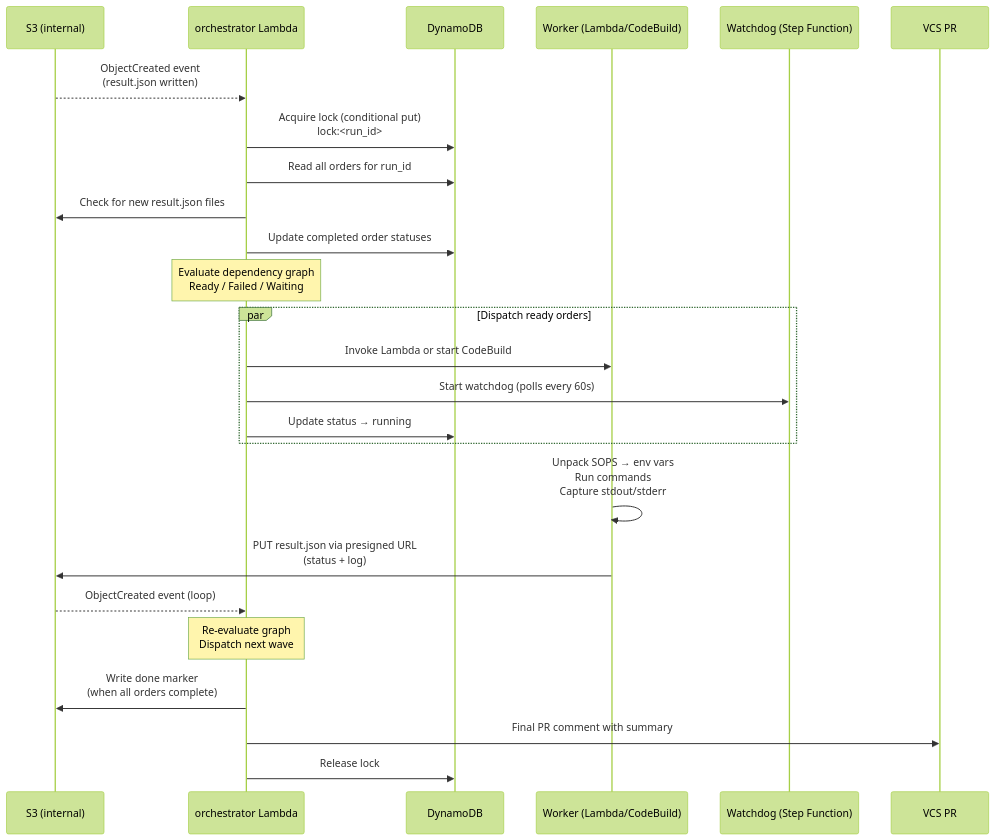
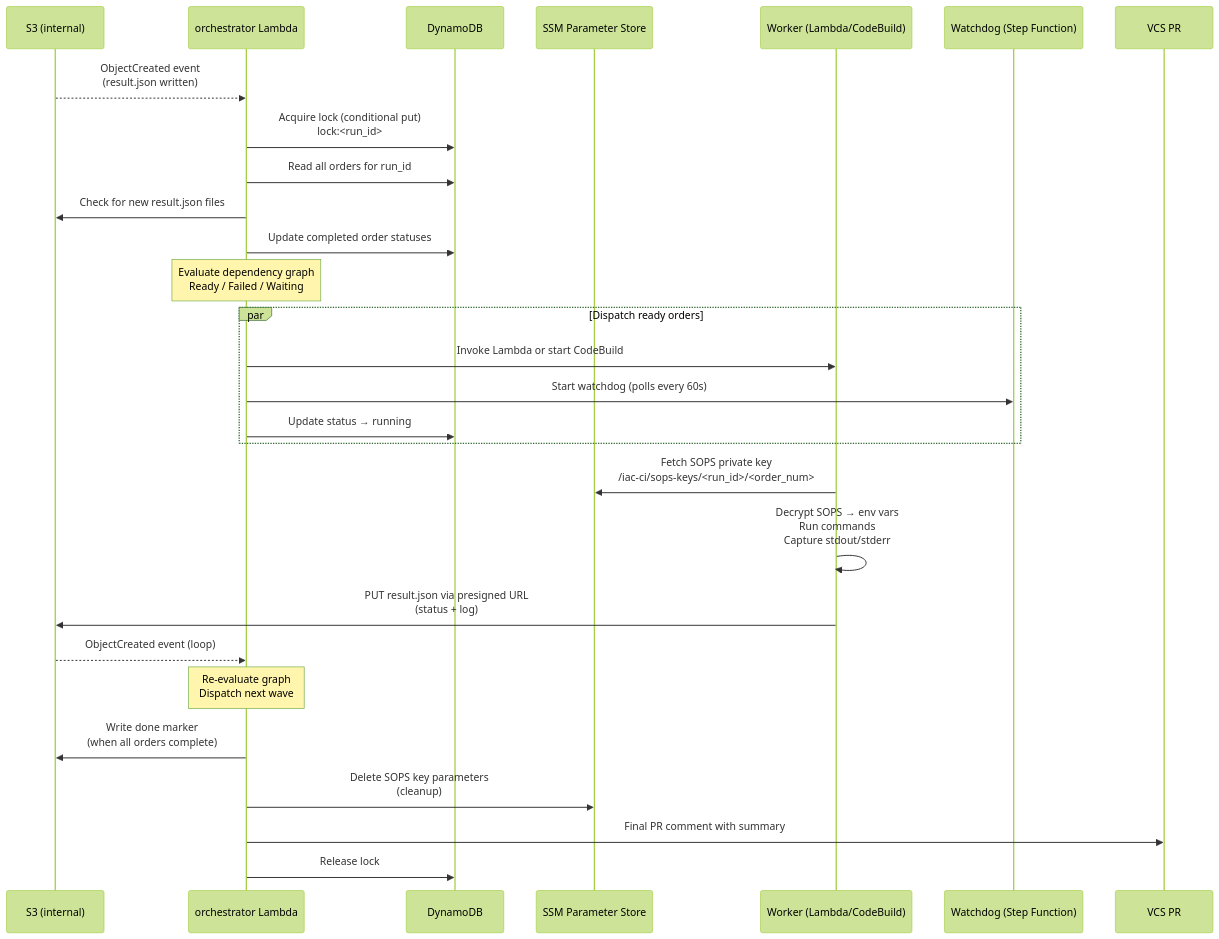
Before and after one commit to gear2000/aws-execution-engine: the third of 5 diagrams in docs/ARCHITECTURE_DIAGRAM.md, drawn with Mermaid (forest theme). The commit also changed other lines of this file and 3 other files, not shown here.

First line of the commit message:
Update architecture diagrams to show SOPS key SSM storage flow

````diff
--- a/docs/ARCHITECTURE_DIAGRAM.md
+++ b/docs/ARCHITECTURE_DIAGRAM.md
@@ -67,37 +70,40 @@
 ```mermaid
 sequenceDiagram
     participant S3 as S3 (internal)
     participant Orch as orchestrator Lambda
     participant DDB as DynamoDB
+    participant SSM as SSM Parameter Store
     participant Worker as Worker (Lambda/CodeBuild)
     participant SFN as Watchdog (Step Function)
     participant PR as VCS PR
 
     S3-->>Orch: ObjectCreated event<br>(result.json written)
 
     Orch->>DDB: Acquire lock (conditional put)<br>lock:<run_id>
 
     Orch->>DDB: Read all orders for run_id
     Orch->>S3: Check for new result.json files
     Orch->>DDB: Update completed order statuses
 
     Note over Orch: Evaluate dependency graph<br>Ready / Failed / Waiting
 
     par Dispatch ready orders
         Orch->>Worker: Invoke Lambda or start CodeBuild
         Orch->>SFN: Start watchdog (polls every 60s)
         Orch->>DDB: Update status → running
     end
 
-    Worker->>Worker: Unpack SOPS → env vars<br>Run commands<br>Capture stdout/stderr
+    Worker->>SSM: Fetch SOPS private key<br>/iac-ci/sops-keys/<run_id>/<order_num>
+    Worker->>Worker: Decrypt SOPS → env vars<br>Run commands<br>Capture stdout/stderr
 
     Worker->>S3: PUT result.json via presigned URL<br>(status + log)
 
     S3-->>Orch: ObjectCreated event (loop)
 
     Note over Orch: Re-evaluate graph<br>Dispatch next wave
 
     Orch->>S3: Write done marker<br>(when all orders complete)
+    Orch->>SSM: Delete SOPS key parameters<br>(cleanup)
     Orch->>PR: Final PR comment with summary
     Orch->>DDB: Release lock
 ```
````
